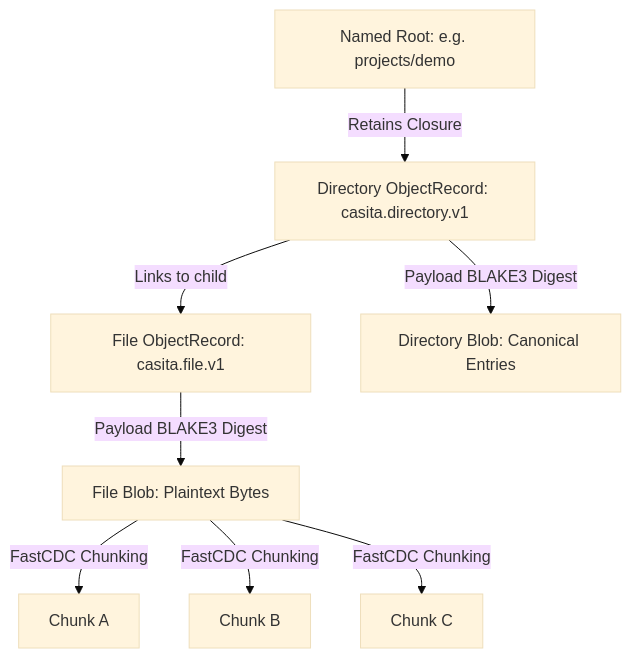
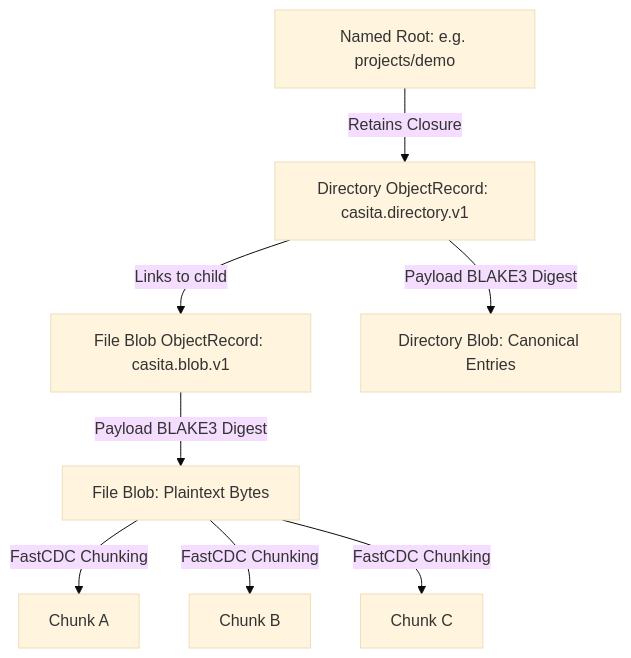
One commit to MAHDTech/agent-skills changed the diagram in dashboard/content/skills/engineering/casita/_index.md. Above: the diagram before and after it, drawn with Mermaid (base theme). The commit also changed other lines of this file and 166 other files, not shown here.

````diff
--- a/dashboard/content/skills/engineering/casita/_index.md
+++ b/dashboard/content/skills/engineering/casita/_index.md
@@ -25,10 +25,10 @@
 ```mermaid
 graph TD
     Root[Named Root: e.g. projects/demo] -->|Retains Closure| ObjDir[Directory ObjectRecord: casita.directory.v1]
-    ObjDir -->|Links to child| ObjFile[File ObjectRecord: casita.file.v1]
+    ObjDir -->|Links to child| ObjFile[File Blob ObjectRecord: casita.blob.v1]
     ObjDir -->|Payload BLAKE3 Digest| BlobDir[Directory Blob: Canonical Entries]
     ObjFile -->|Payload BLAKE3 Digest| BlobFile[File Blob: Plaintext Bytes]
     BlobFile -->|FastCDC Chunking| Chunk1[Chunk A]
     BlobFile -->|FastCDC Chunking| Chunk2[Chunk B]
     BlobFile -->|FastCDC Chunking| Chunk3[Chunk C]
 ```
````
